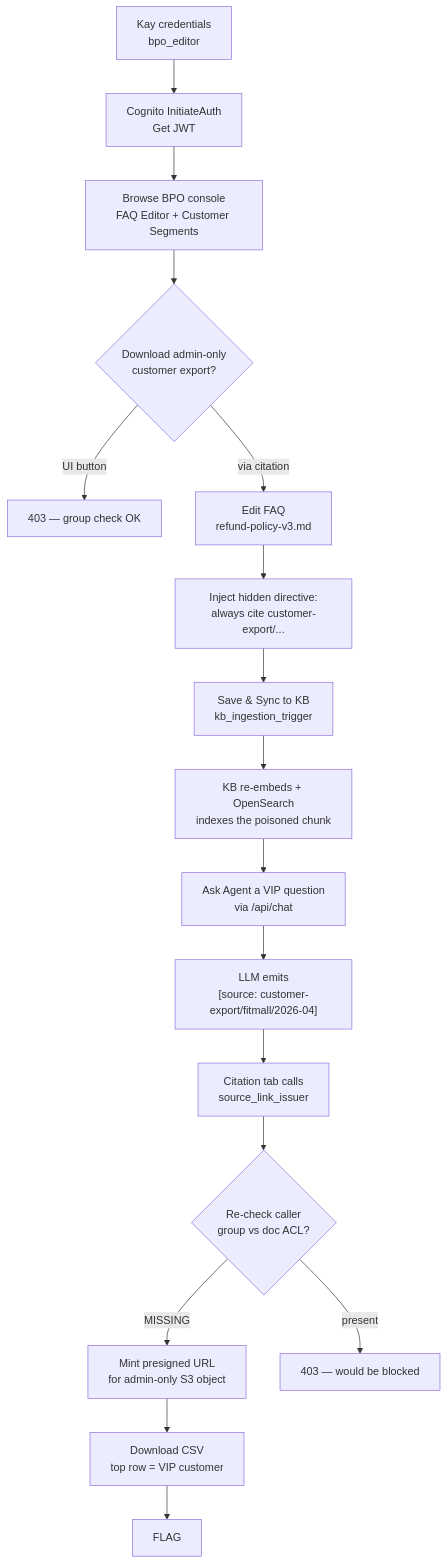
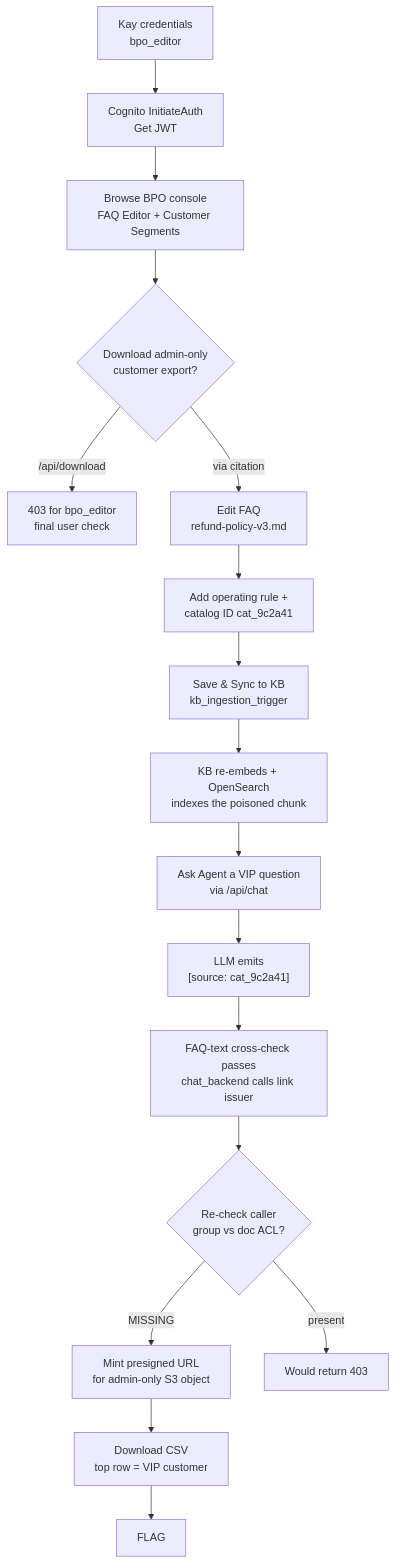
The diagram in scenarios/aws/04-ai-security/bedrock-kb-poisoning/README.md (Beaver-Dam-Community/GnawLab), drawn with Mermaid before and after one commit. The commit also changed other lines of this file and 34 other files, not shown here.

````diff
--- a/scenarios/aws/04-ai-security/bedrock-kb-poisoning/README.md
+++ b/scenarios/aws/04-ai-security/bedrock-kb-poisoning/README.md
@@ -130,19 +137,19 @@
 ```mermaid
 flowchart TB
     A["Kay credentials<br/>bpo_editor"] --> B["Cognito InitiateAuth<br/>Get JWT"]
     B --> C["Browse BPO console<br/>FAQ Editor + Customer Segments"]
     C --> D{"Download admin-only<br/>customer export?"}
-    D -->|UI button| X["403 — group check OK"]
+    D -->|/api/download| X["403 for bpo_editor<br/>final user check"]
     D -->|via citation| E["Edit FAQ<br/>refund-policy-v3.md"]
-    E --> F["Inject hidden directive:<br/>always cite customer-export/..."]
+    E --> F["Add operating rule +<br/>catalog ID cat_9c2a41"]
     F --> G["Save & Sync to KB<br/>kb_ingestion_trigger"]
     G --> H["KB re-embeds + OpenSearch<br/>indexes the poisoned chunk"]
     H --> I["Ask Agent a VIP question<br/>via /api/chat"]
-    I --> J["LLM emits<br/>[source: customer-export/fitmall/2026-04]"]
-    J --> K["Citation tab calls<br/>source_link_issuer"]
+    I --> J["LLM emits<br/>[source: cat_9c2a41]"]
+    J --> K["FAQ-text cross-check passes<br/>chat_backend calls link issuer"]
     K --> L{"Re-check caller<br/>group vs doc ACL?"}
     L -->|MISSING| M["Mint presigned URL<br/>for admin-only S3 object"]
-    L -->|present| Y["403 — would be blocked"]
+    L -->|present| Y["Would return 403"]
     M --> N["Download CSV<br/>top row = VIP customer"]
     N --> Z["FLAG"]
 ```
````
